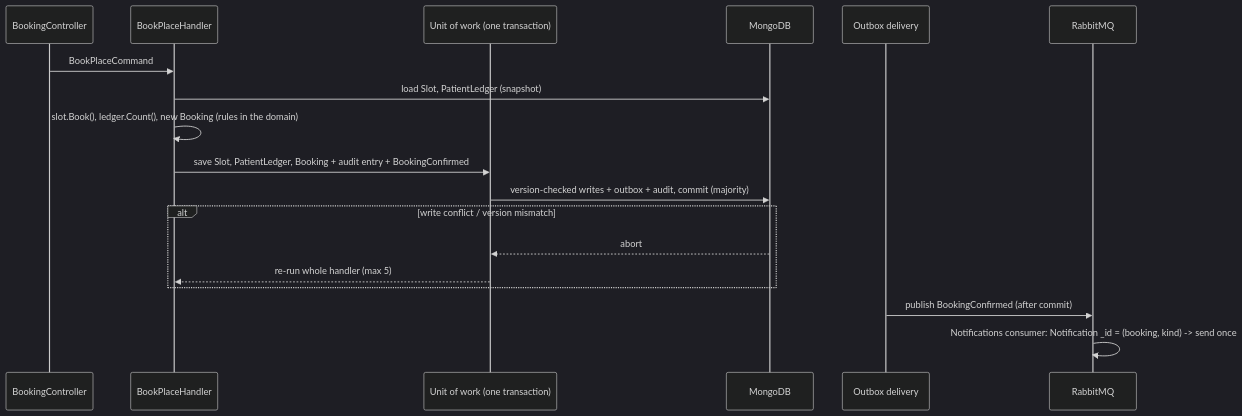
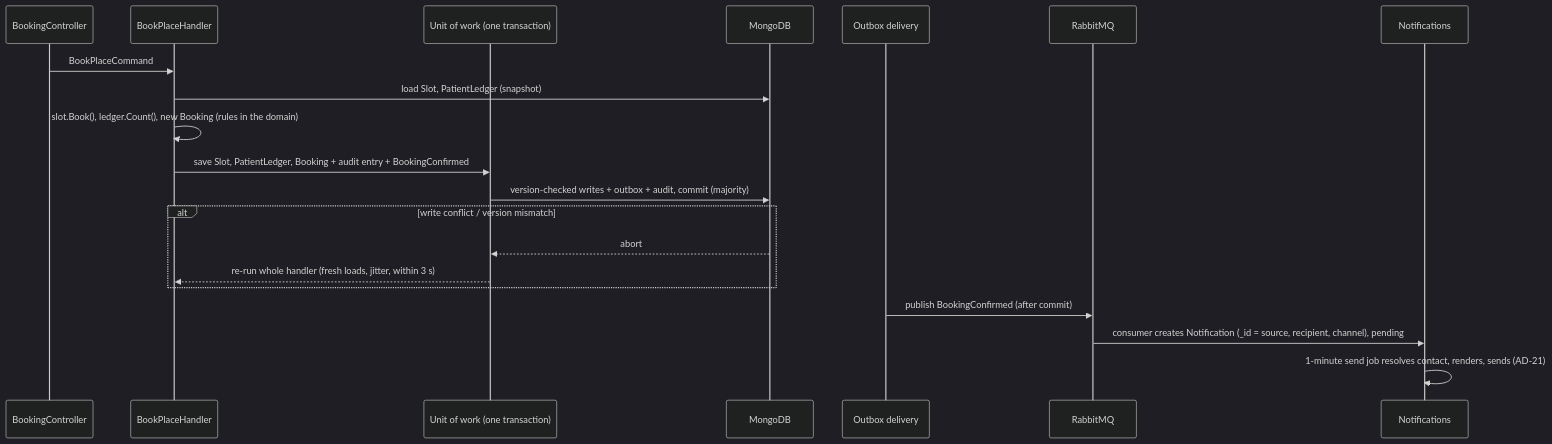
One commit to ashik71/bookingSystem changed the fourth of 4 diagrams in _bmad-output/initiative-booking-management/architecture-slotbook/architecture-slotbook.md. Above: the diagram before and after it, drawn with Mermaid (dark theme). The commit also changed other lines of this file and 8 other files, not shown here.

First line of the commit message:
docs: restructure architecture spine after the rubric review

````diff
--- a/_bmad-output/initiative-booking-management/architecture-slotbook/architecture-slotbook.md
+++ b/_bmad-output/initiative-booking-management/architecture-slotbook/architecture-slotbook.md
@@ -808,20 +934,22 @@
 ```mermaid
 sequenceDiagram
     participant C as BookingController
     participant H as BookPlaceHandler
     participant U as Unit of work (one transaction)
     participant M as MongoDB
     participant O as Outbox delivery
     participant R as RabbitMQ
+    participant N as Notifications
     C->>H: BookPlaceCommand
     H->>M: load Slot, PatientLedger (snapshot)
     H->>H: slot.Book(), ledger.Count(), new Booking (rules in the domain)
     H->>U: save Slot, PatientLedger, Booking + audit entry + BookingConfirmed
     U->>M: version-checked writes + outbox + audit, commit (majority)
     alt write conflict / version mismatch
         M-->>U: abort
-        U-->>H: re-run whole handler (max 5)
+        U-->>H: re-run whole handler (fresh loads, jitter, within 3 s)
     end
     O->>R: publish BookingConfirmed (after commit)
-    R->>R: Notifications consumer: Notification _id = (booking, kind) -> send once
+    R->>N: consumer creates Notification (_id = source, recipient, channel), pending
+    N->>N: 1-minute send job resolves contact, renders, sends (AD-21)
 ```
````
